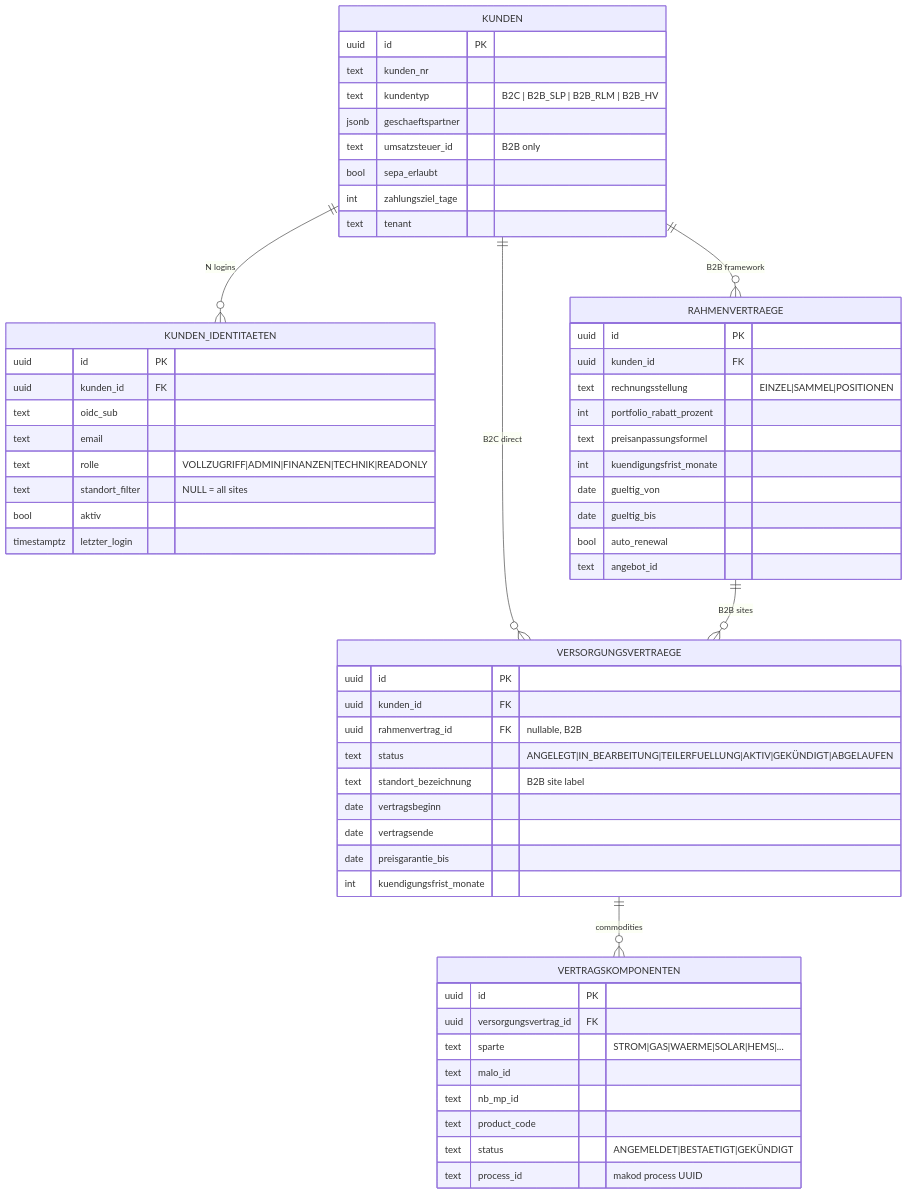
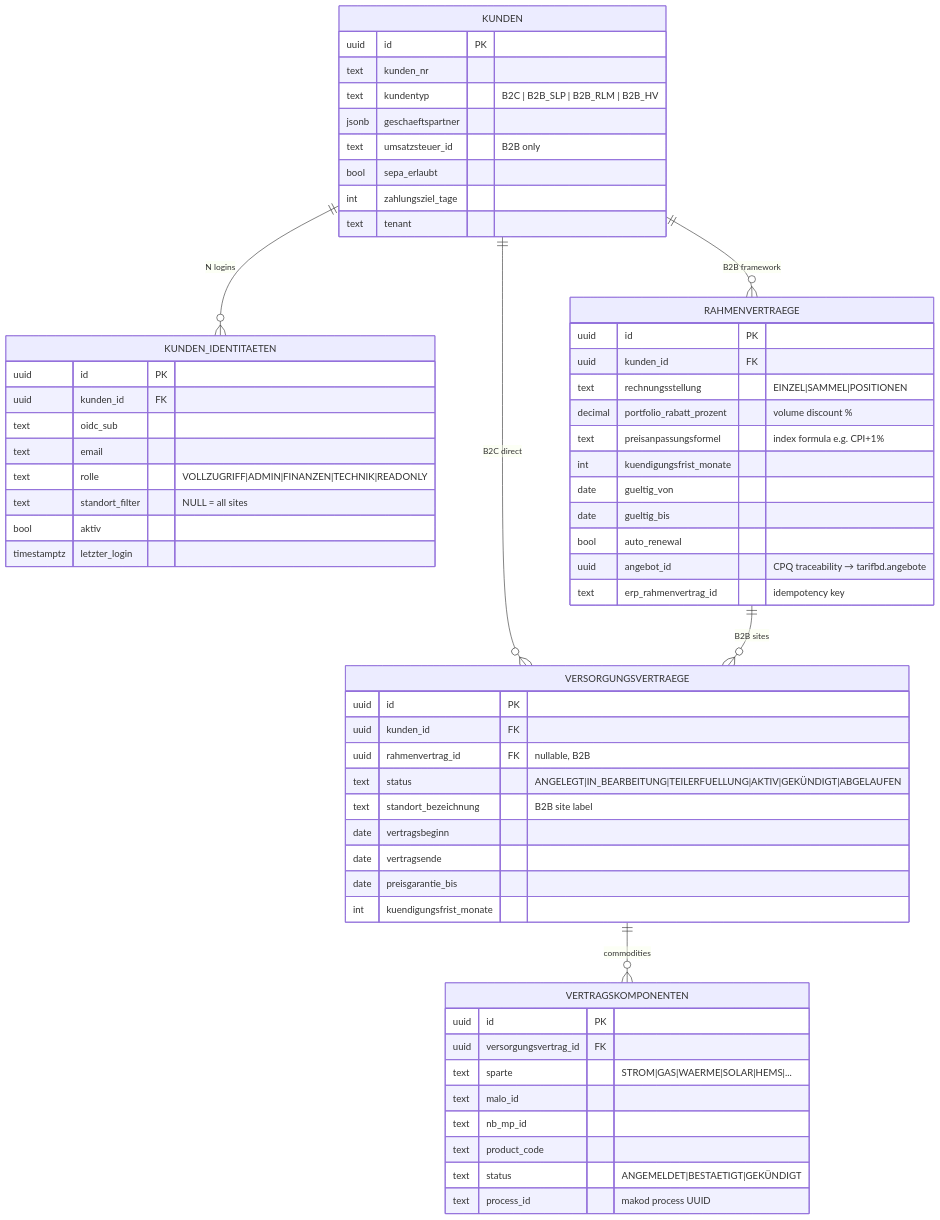
The first of 4 diagrams in docs/vertragd.md (hupe1980/mako), drawn with Mermaid before and after one commit. The commit also changed other lines of this file and 76 other files, not shown here.

First line of the commit message:
feat: add angebot_id to CreateRahmenvertragInput for CPQ traceability

````diff
--- a/docs/vertragd.md
+++ b/docs/vertragd.md
@@ -45,62 +45,63 @@
 ```mermaid
 erDiagram
     KUNDEN {
         uuid id PK
         text kunden_nr
         text kundentyp "B2C | B2B_SLP | B2B_RLM | B2B_HV"
         jsonb geschaeftspartner
         text umsatzsteuer_id "B2B only"
         bool sepa_erlaubt
         int  zahlungsziel_tage
         text tenant
     }
     KUNDEN_IDENTITAETEN {
         uuid id PK
         uuid kunden_id FK
         text oidc_sub
         text email
         text rolle "VOLLZUGRIFF|ADMIN|FINANZEN|TECHNIK|READONLY"
         text standort_filter "NULL = all sites"
         bool aktiv
         timestamptz letzter_login
     }
     RAHMENVERTRAEGE {
         uuid id PK
         uuid kunden_id FK
         text rechnungsstellung "EINZEL|SAMMEL|POSITIONEN"
-        int  portfolio_rabatt_prozent
-        text preisanpassungsformel
+        decimal portfolio_rabatt_prozent "volume discount %"
+        text preisanpassungsformel "index formula e.g. CPI+1%"
         int  kuendigungsfrist_monate
         date gueltig_von
         date gueltig_bis
         bool auto_renewal
-        text angebot_id
+        uuid angebot_id "CPQ traceability → tarifbd.angebote"
+        text erp_rahmenvertrag_id "idempotency key"
     }
     VERSORGUNGSVERTRAEGE {
         uuid id PK
         uuid kunden_id FK
         uuid rahmenvertrag_id FK "nullable, B2B"
         text status "ANGELEGT|IN_BEARBEITUNG|TEILERFUELLUNG|AKTIV|GEKÜNDIGT|ABGELAUFEN"
         text standort_bezeichnung "B2B site label"
         date vertragsbeginn
         date vertragsende
         date preisgarantie_bis
         int  kuendigungsfrist_monate
     }
     VERTRAGSKOMPONENTEN {
         uuid id PK
         uuid versorgungsvertrag_id FK
         text sparte "STROM|GAS|WAERME|SOLAR|HEMS|..."
         text malo_id
         text nb_mp_id
         text product_code
         text status "ANGEMELDET|BESTAETIGT|GEKÜNDIGT"
         text process_id "makod process UUID"
     }
 
     KUNDEN ||--o{ KUNDEN_IDENTITAETEN : "N logins"
     KUNDEN ||--o{ RAHMENVERTRAEGE : "B2B framework"
     KUNDEN ||--o{ VERSORGUNGSVERTRAEGE : "B2C direct"
     RAHMENVERTRAEGE ||--o{ VERSORGUNGSVERTRAEGE : "B2B sites"
     VERSORGUNGSVERTRAEGE ||--o{ VERTRAGSKOMPONENTEN : "commodities"
 ```
````
